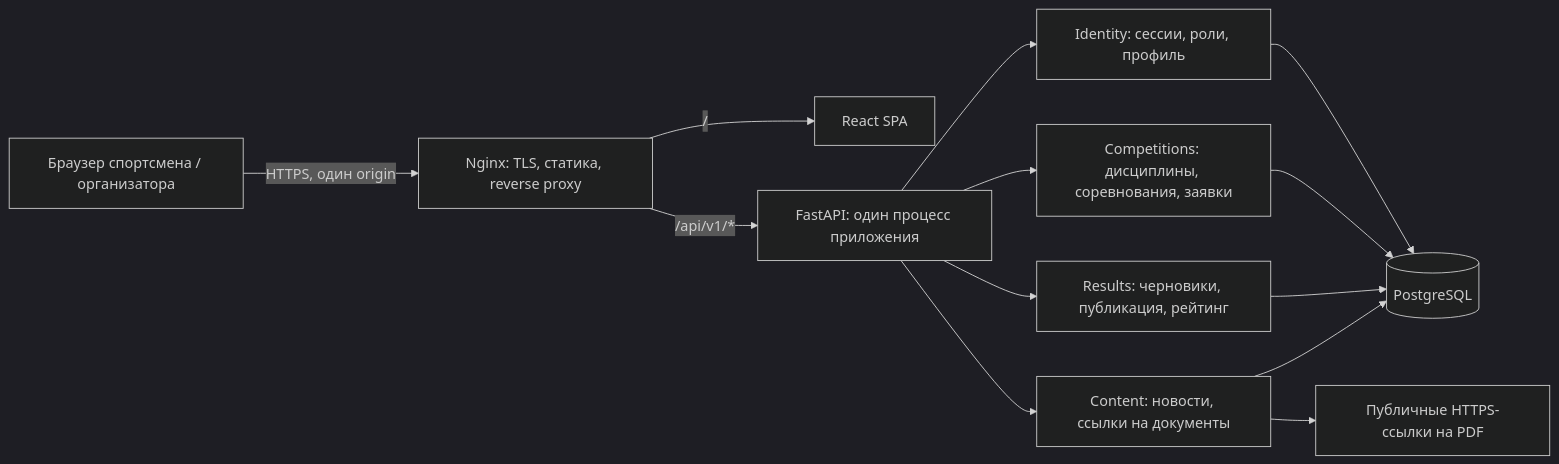
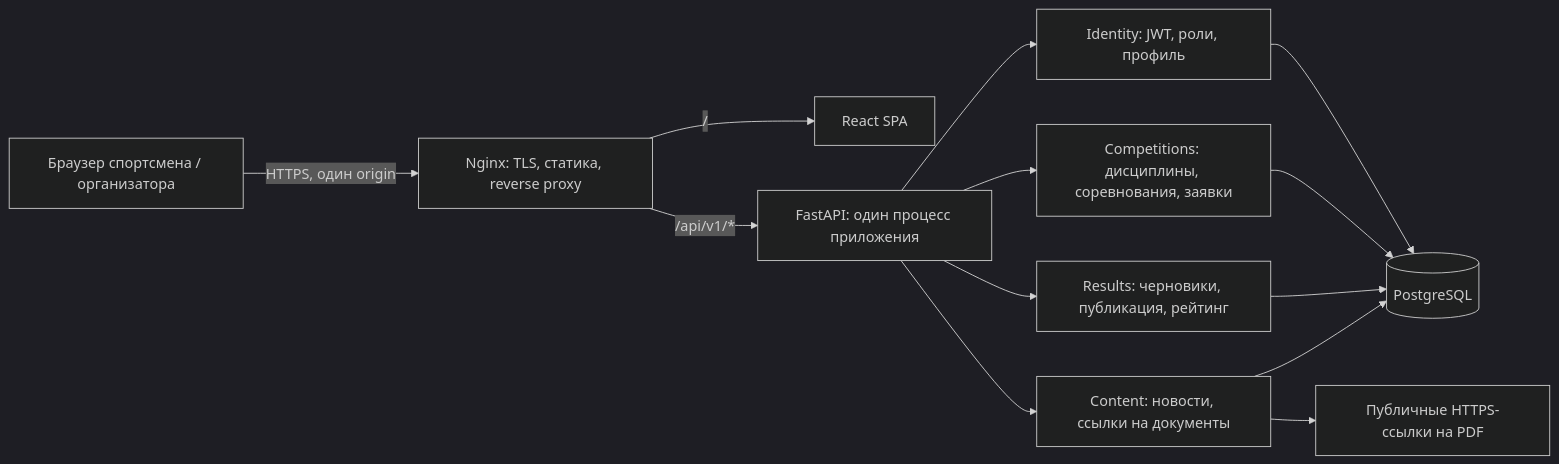
Before and after one commit to Gadjik21/technosportfest-2026: the first of 3 diagrams in docs/architecture.md, drawn with Mermaid (dark theme). The commit also changed other lines of this file and 8 other files, not shown here.

Commit message:
Simplify MVP auth to short-lived JWT cookie

````diff
--- a/docs/architecture.md
+++ b/docs/architecture.md
@@ -7,15 +7,15 @@
 ```mermaid
 flowchart LR
     A[Браузер спортсмена / организатора] -->|HTTPS, один origin| N[Nginx: TLS, статика, reverse proxy]
     N -->|/| F[React SPA]
     N -->|/api/v1/*| API[FastAPI: один процесс приложения]
-    API --> AUTH[Identity: сессии, роли, профиль]
+    API --> AUTH[Identity: JWT, роли, профиль]
     API --> COMP[Competitions: дисциплины, соревнования, заявки]
     API --> RES[Results: черновики, публикация, рейтинг]
     API --> CONT[Content: новости, ссылки на документы]
     AUTH --> DB[(PostgreSQL)]
     COMP --> DB
     RES --> DB
     CONT --> DB
     CONT --> EXT[Публичные HTTPS-ссылки на PDF]
 ```
````
